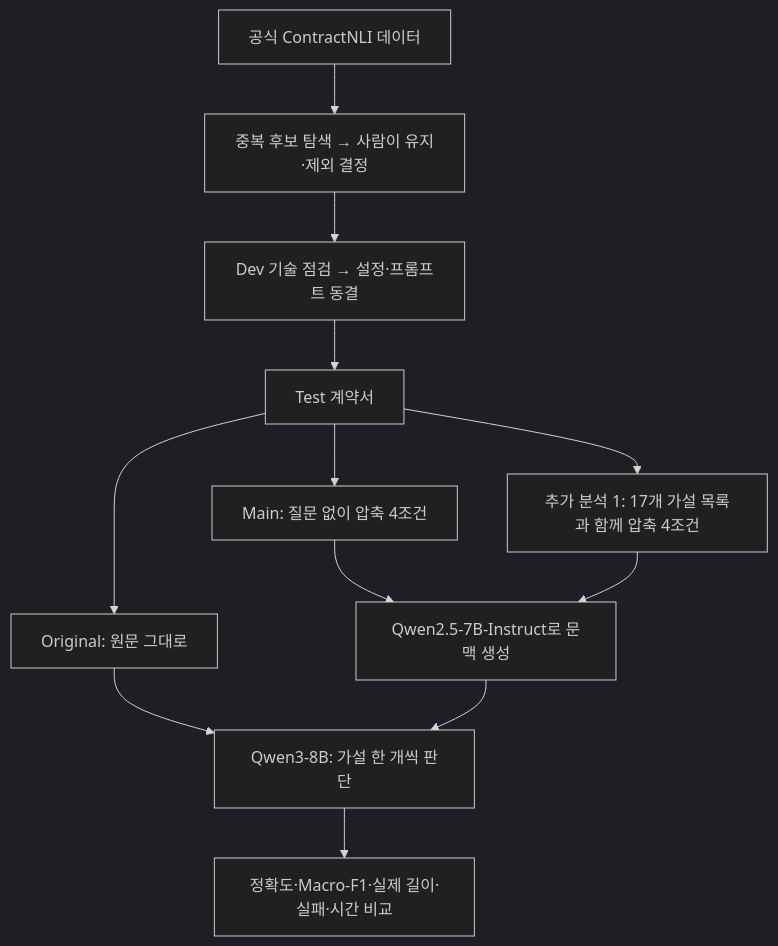
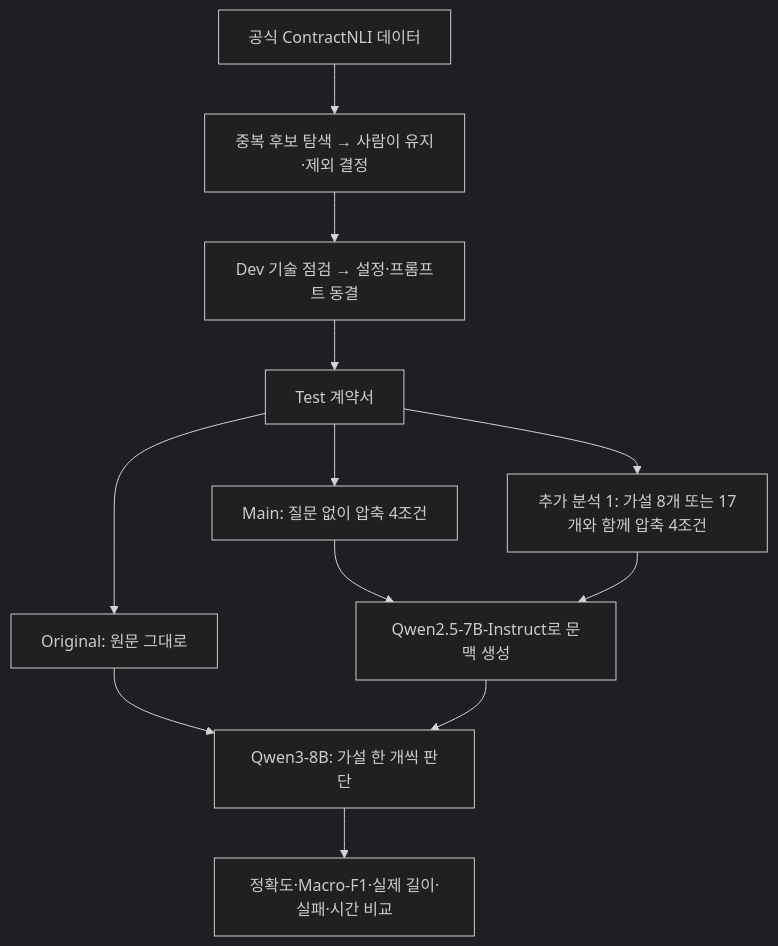
The diagram in README.md (jaehwan7306/nlp-project), drawn with Mermaid (dark theme) before and after one commit. The commit also changed other lines of this file and 11 other files, not shown here.

````diff
--- a/README.md
+++ b/README.md
@@ -13,14 +14,14 @@
 ```mermaid
 flowchart TD
     A["공식 ContractNLI 데이터"] --> B["중복 후보 탐색 → 사람이 유지·제외 결정"]
     B --> C["Dev 기술 점검 → 설정·프롬프트 동결"]
     C --> D["Test 계약서"]
     D --> E["Original: 원문 그대로"]
     D --> F["Main: 질문 없이 압축 4조건"]
-    D --> G["추가 분석 1: 17개 가설 목록과 함께 압축 4조건"]
+    D --> G["추가 분석 1: 가설 8개 또는 17개와 함께 압축 4조건"]
     F --> H["Qwen2.5-7B-Instruct로 문맥 생성"]
     G --> H
     E --> I["Qwen3-8B: 가설 한 개씩 판단"]
     H --> I
     I --> J["정확도·Macro-F1·실제 길이·실패·시간 비교"]
 ```
````
